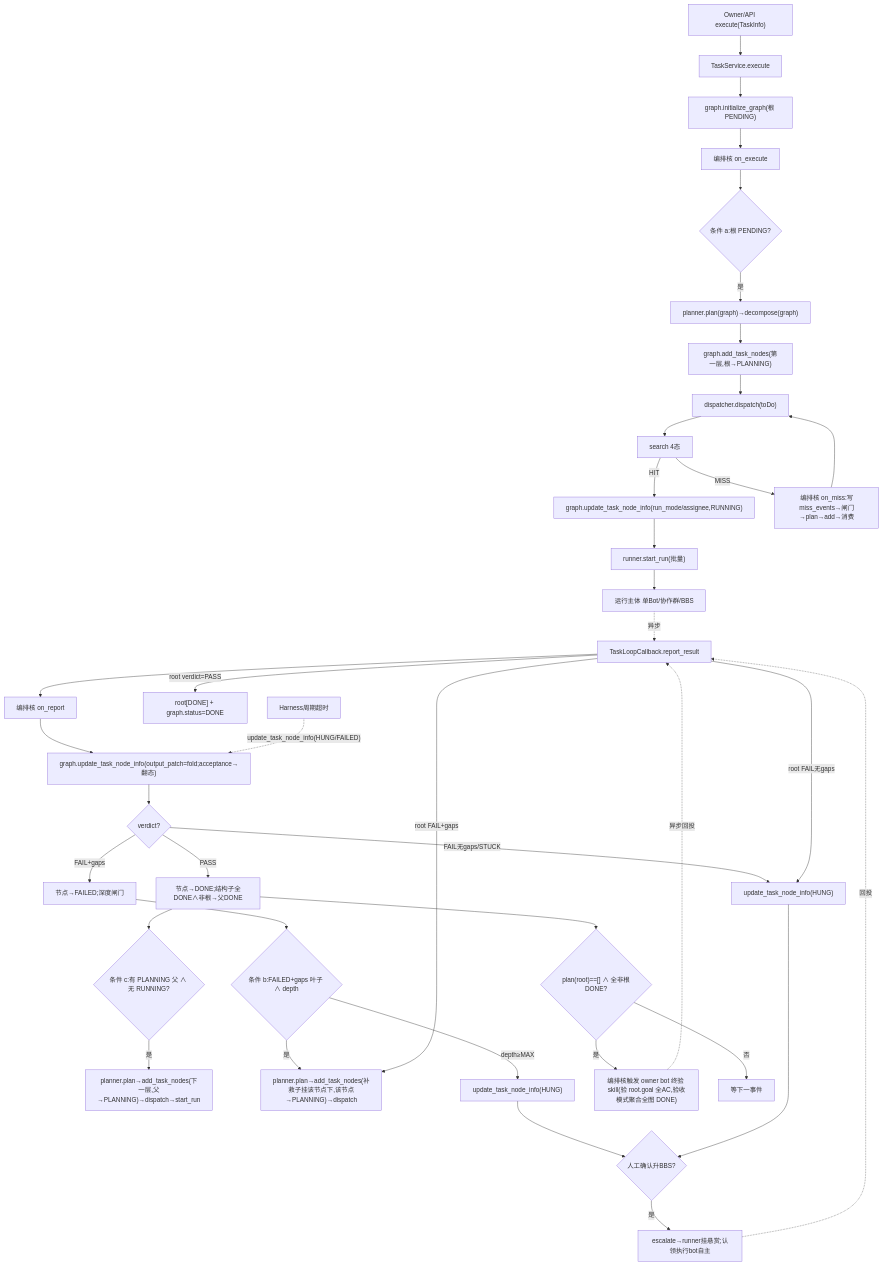
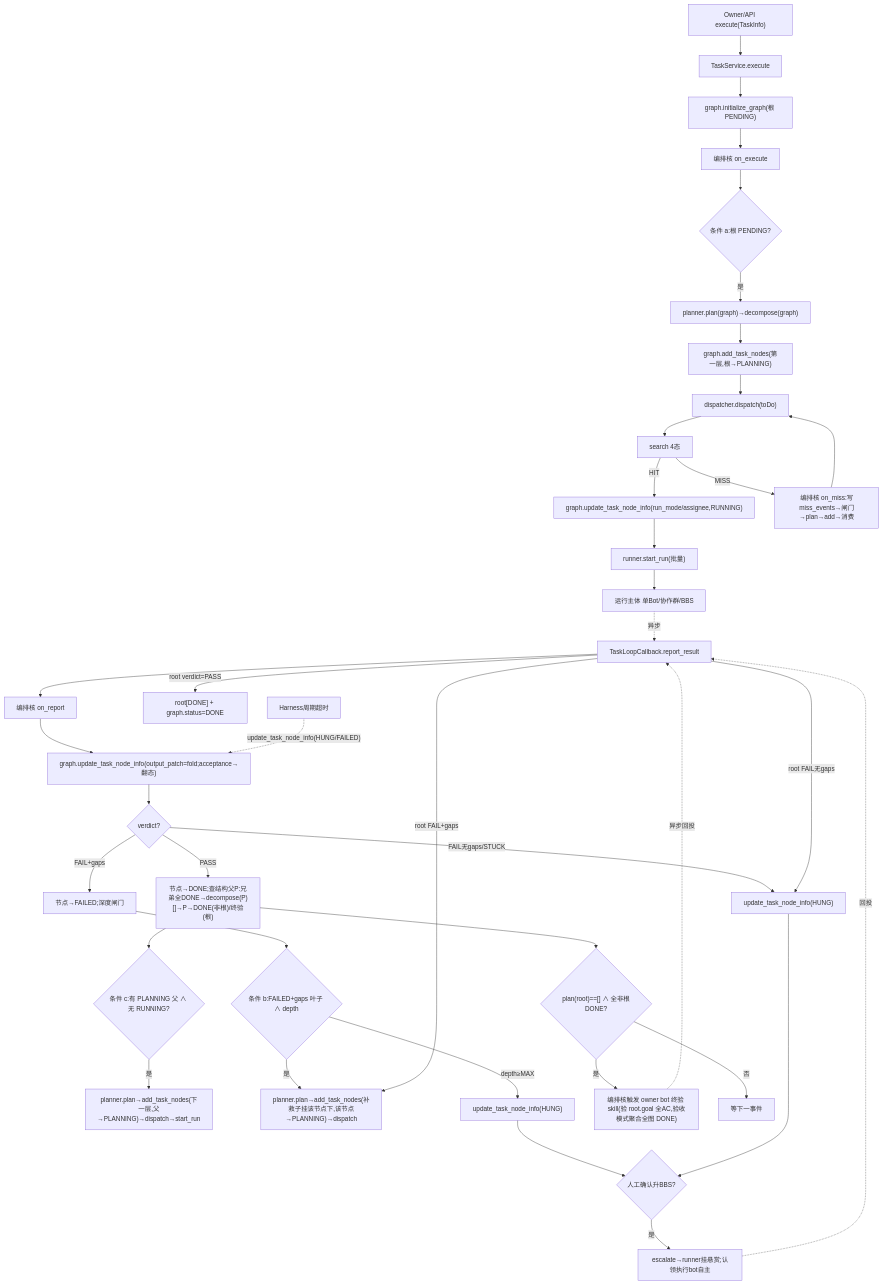
Before and after one commit to inclusionAI/Avernet: the first of 2 diagrams in specs/2026-08-09-task-goal-driven-execution-framework/plan.md, drawn with Mermaid. The commit also changed other lines of this file and 2 other files, not shown here.

````diff
--- a/specs/2026-08-09-task-goal-driven-execution-framework/plan.md
+++ b/specs/2026-08-09-task-goal-driven-execution-framework/plan.md
@@ -414,40 +413,40 @@
 ```mermaid
 flowchart TD
     ExecEvt["Owner/API execute(TaskInfo)"] --> TS["TaskService.execute"]
     TS --> IG["graph.initialize_graph(根 PENDING)"]
     IG --> ORC1["编排核 on_execute"]
     ORC1 --> CONDA{"条件 a:根 PENDING?"}
     CONDA -- 是 --> PLAN1["planner.plan(graph)→decompose(graph)"]
     PLAN1 --> ADD1["graph.add_task_nodes(第一层,根→PLANNING)"]
     ADD1 --> DISP["dispatcher.dispatch(toDo)"]
     DISP --> SEARCH["search 4态"]
     SEARCH -- HIT --> PATCH1["graph.update_task_node_info(run_mode/assignee,RUNNING)"]
     SEARCH -- MISS --> MISS["编排核 on_miss:写miss_events→闸门→plan→add→消费"]
     MISS --> DISP
     PATCH1 --> RUN["runner.start_run(批量)"]
     RUN --> X["运行主体 单Bot/协作群/BBS"]
     X -.异步.-> CB["TaskLoopCallback.report_result"]
     CB --> ORC2["编排核 on_report"]
     ORC2 --> PATCH2["graph.update_task_node_info(output_patch=fold;acceptance→翻态)"]
     PATCH2 --> VERDICT{"verdict?"}
-    VERDICT -- "PASS" --> DONE1["节点→DONE;结构子全DONE∧非根→父DONE"]
+    VERDICT -- "PASS" --> DONE1["节点→DONE;查结构父P:兄弟全DONE→decompose(P)[]→P→DONE(非根)/终验(根)"]
     DONE1 --> CONDC{"条件 c:有 PLANNING 父 ∧ 无 RUNNING?"}
     CONDC -- 是 --> PLAN2["planner.plan→add_task_nodes(下一层,父→PLANNING)→dispatch→start_run"]
     VERDICT -- "FAIL+gaps" --> FAIL1["节点→FAILED;深度闸门"]
     FAIL1 --> CONDB{"条件 b:FAILED+gaps 叶子 ∧ depth<MAX?"}
     CONDB -- 是 --> PLAN3["planner.plan→add_task_nodes(补救子挂该节点下,该节点→PLANNING)→dispatch"]
     CONDB -- "depth≥MAX" --> HUNG1["update_task_node_info(HUNG)"]
     VERDICT -- "FAIL无gaps/STUCK" --> HUNG2["update_task_node_info(HUNG)"]
     HUNG1 --> BBSGATE{"人工确认升BBS?"}
     HUNG2 --> BBSGATE
     BBSGATE -- 是 --> BBS["escalate→runner挂悬赏;认领执行bot自主"]
     BBS -.回投.-> CB
     DONE1 --> FINAL{"plan(root)==[] ∧ 全非根DONE?"}
     FINAL -- 是 --> VERIFY["编排核触发 owner bot 终验 skill(验 root.goal 全AC,验收模式聚合全图 DONE)"]
     VERIFY -.异步回投.-> CB
     FINAL -- 否 --> WAIT["等下一事件"]
     CB -- "root verdict=PASS" --> ENDDONE["root[DONE] + graph.status=DONE"]
     CB -- "root FAIL+gaps" --> PLAN3
     CB -- "root FAIL无gaps" --> HUNG2
     HarnessEvt["Harness周期超时"] -.->|"update_task_node_info(HUNG/FAILED)"| PATCH2
 ```
````
